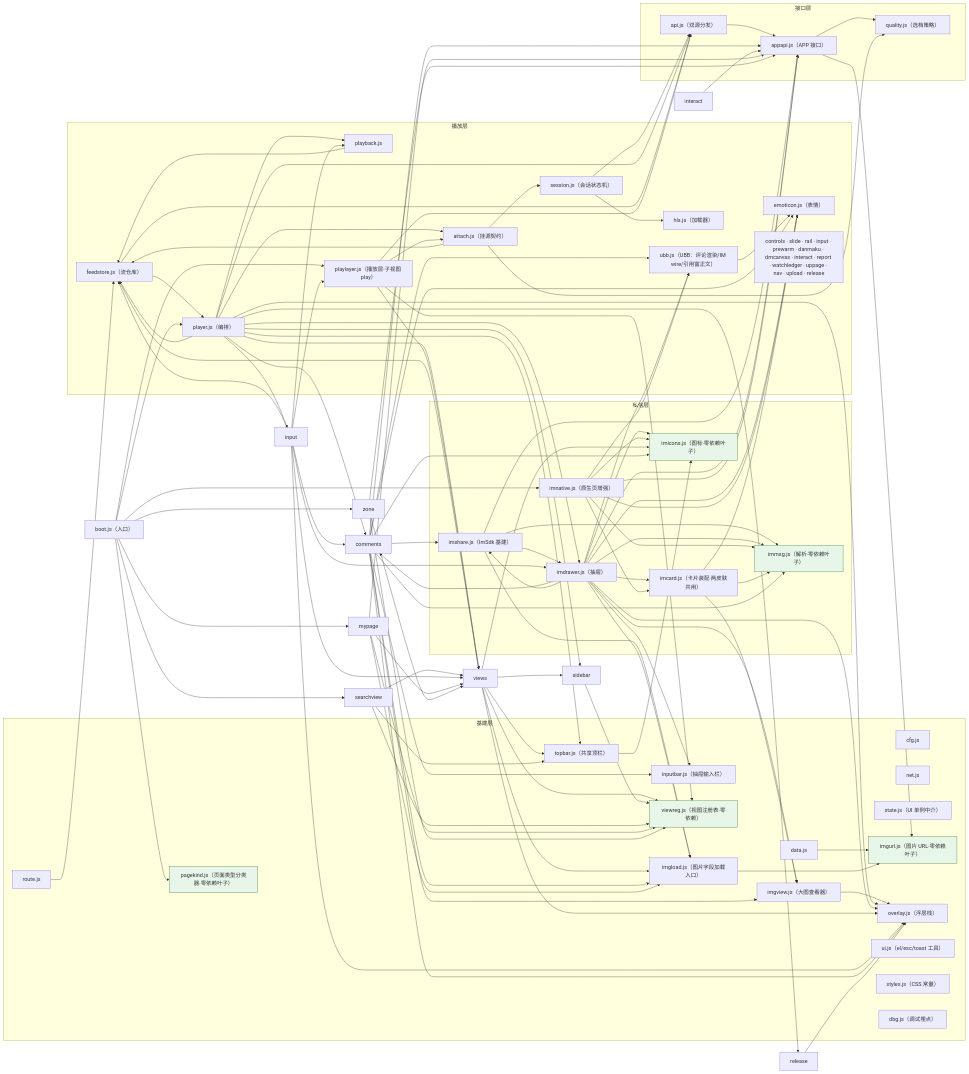
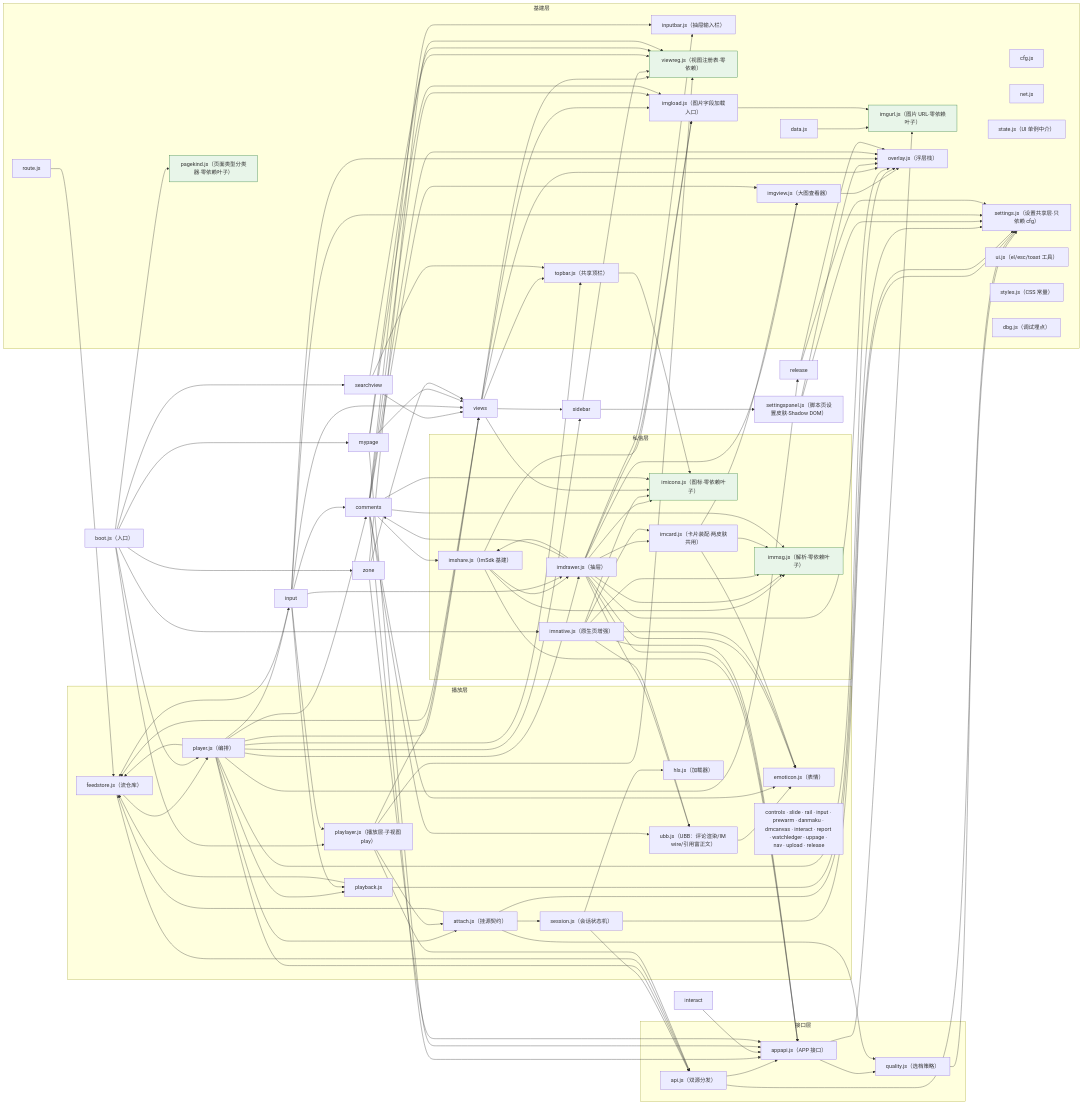
One commit to name-xxl/acfun-svfeed changed the diagram in README.md. Above: the diagram before and after it, drawn with Mermaid. The commit also changed other lines of this file and 24 other files, not shown here.

```diff
--- a/README.md
+++ b/README.md
@@ -325,6 +327,7 @@
     inputbar["inputbar.js（抽屉输入栏）"]
     imgurl["imgurl.js（图片 URL·零依赖叶子）"]
     pagekind["pagekind.js（页面类型分类器·零依赖叶子）"]
+    settings["settings.js（设置共享层·只依赖 cfg）"]
     viewreg["viewreg.js（视图注册表·零依赖）"]
     imgload["imgload.js（图片字段加载入口）"]
     overlay["overlay.js（浮层栈）"]
@@ -363,19 +366,21 @@
   end
 
   boot["boot.js（入口）"]
+  settingspanel["settingspanel.js（脚本页设置皮肤·Shadow DOM）"]
   data --> imgurl
   route --> feedstore
   imgview --> overlay
   imgload --> imgurl
   topbar --> imicons
-  api --> appapi
+  api --> appapi & settings
   appapi --> quality
+  quality --> settings
   appapi --> imgurl
-  session --> api & hls
-  attach --> feedstore & quality & session
+  session --> api & hls & settings
+  attach --> feedstore & quality & session & settings
   player --> api & attach & comments & feedstore & imdrawer & input & overlay & pb & release & sidebar & topbar & views
   feedstore --> api & player
-  pb --> feedstore
+  pb --> feedstore & settings
   ubb --> emoticon
   playlayer --> api & attach & viewreg & views
   imshare --> appapi & imdrawer & imgload & immsg
@@ -384,12 +389,13 @@
   imcard --> emoticon & imgview & immsg
   boot --> imnative & mypage & pagekind & player & playlayer & searchview & zone
   views --> feedstore & imgload & imicons & overlay & sidebar & topbar & viewreg
-  sidebar --> viewreg
+  sidebar --> viewreg & settingspanel
+  settingspanel --> settings & overlay
   searchview --> topbar & viewreg & views
-  input --> comments & feedstore & imdrawer & overlay & pb & playlayer & views
+  input --> comments & feedstore & imdrawer & overlay & pb & playlayer & settings & views
   comments --> appapi & emoticon & imgload & imgview & imicons & immsg & imshare & inputbar & overlay & ubb
   interact --> appapi
-  release --> overlay
+  release --> overlay & settings
   mypage --> appapi & imgload & viewreg & views
   zone --> appapi & viewreg & views
 
```
